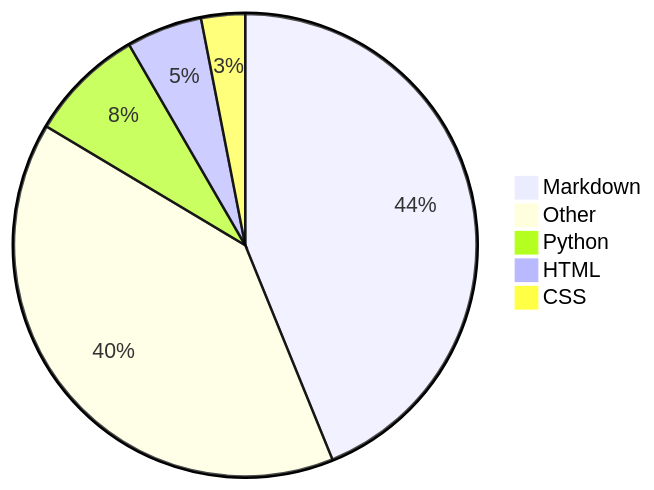
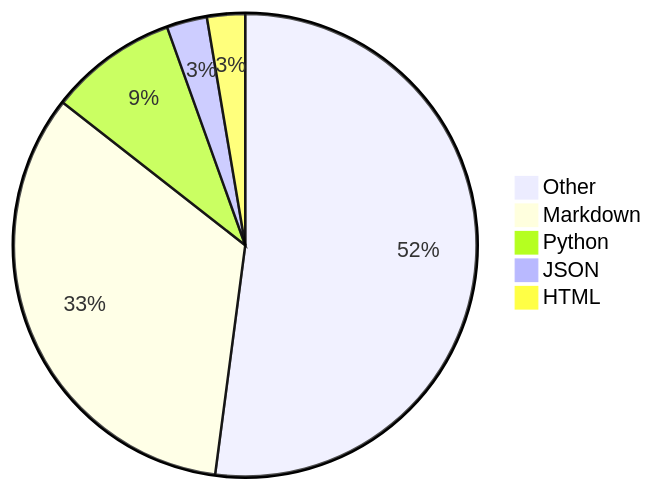
One commit to Alicia111/alicia111 changed the diagram in README.md. Above: the diagram before and after it, drawn with Mermaid.

Commit message:
Update WakaTime stats (・ω・)b

````diff
--- a/README.md
+++ b/README.md
@@ -32,8 +32,8 @@
 ```mermaid
 pie
-    "Markdown" : 43.3
-    "Other" : 39.23
-    "Python" : 7.97
-    "HTML" : 5.22
-    "CSS" : 3.03
+    "Other" : 50.96
+    "Markdown" : 32.77
+    "Python" : 8.76
+    "JSON" : 2.76
+    "HTML" : 2.6
 ```
````
